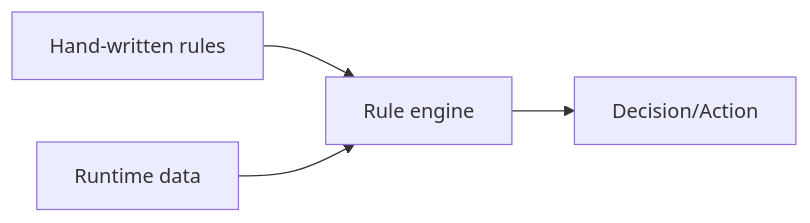
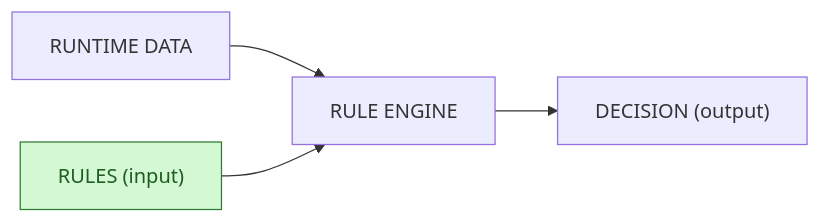
One commit to inskillflow/Travailler-en-IA-ecosysteme-et-opportunites changed the third of 3 diagrams in sdsd.md. Above: the diagram before and after it, drawn with Mermaid. The commit also changed other lines of this file, not shown here.

````diff
--- a/sdsd.md
+++ b/sdsd.md
@@ -64,5 +33,10 @@
 ```mermaid
 flowchart LR
-  RULES["Hand-written rules"] --> ENGINE["Rule engine"] --> OUTPUT["Decision/Action"];
-  DATA["Runtime data"] --> ENGINE;
+  RULES["RULES (input)"]; ENGINE["RULE ENGINE"]; DEC["DECISION (output)"];
+  DATA["RUNTIME DATA"] --> ENGINE;
+  RULES --> ENGINE --> DEC;
+
+  %% Coloring (rules as input)
+  classDef input fill:#d4f7d4,stroke:#2e7d32,stroke-width:1px,color:#1b5e20;
+  class RULES input;
 ```
````
